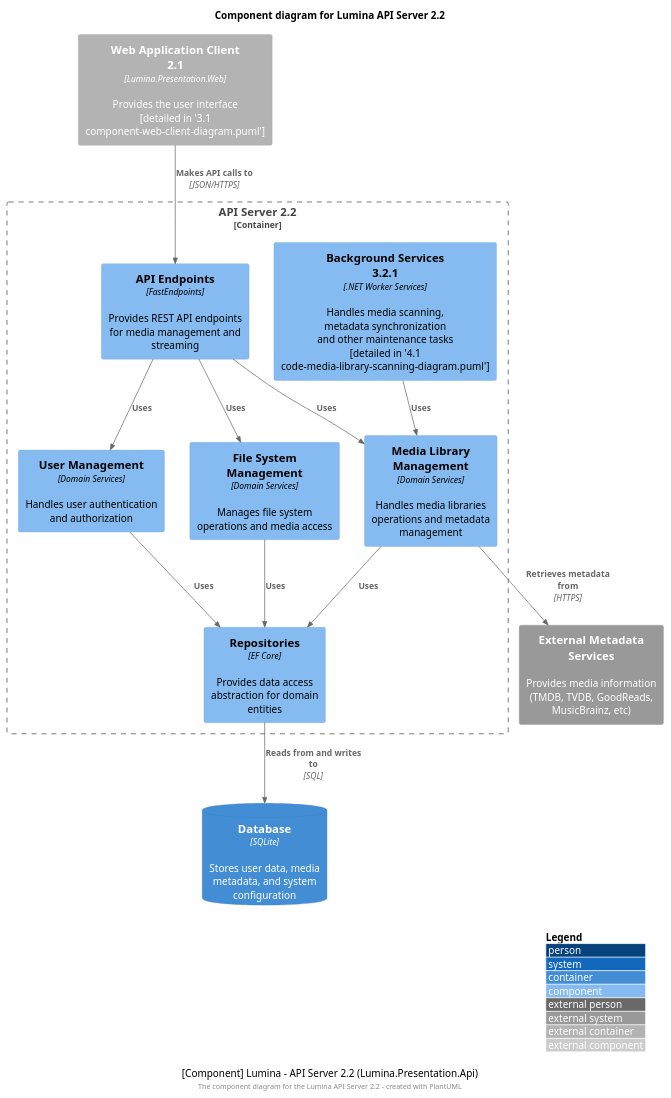
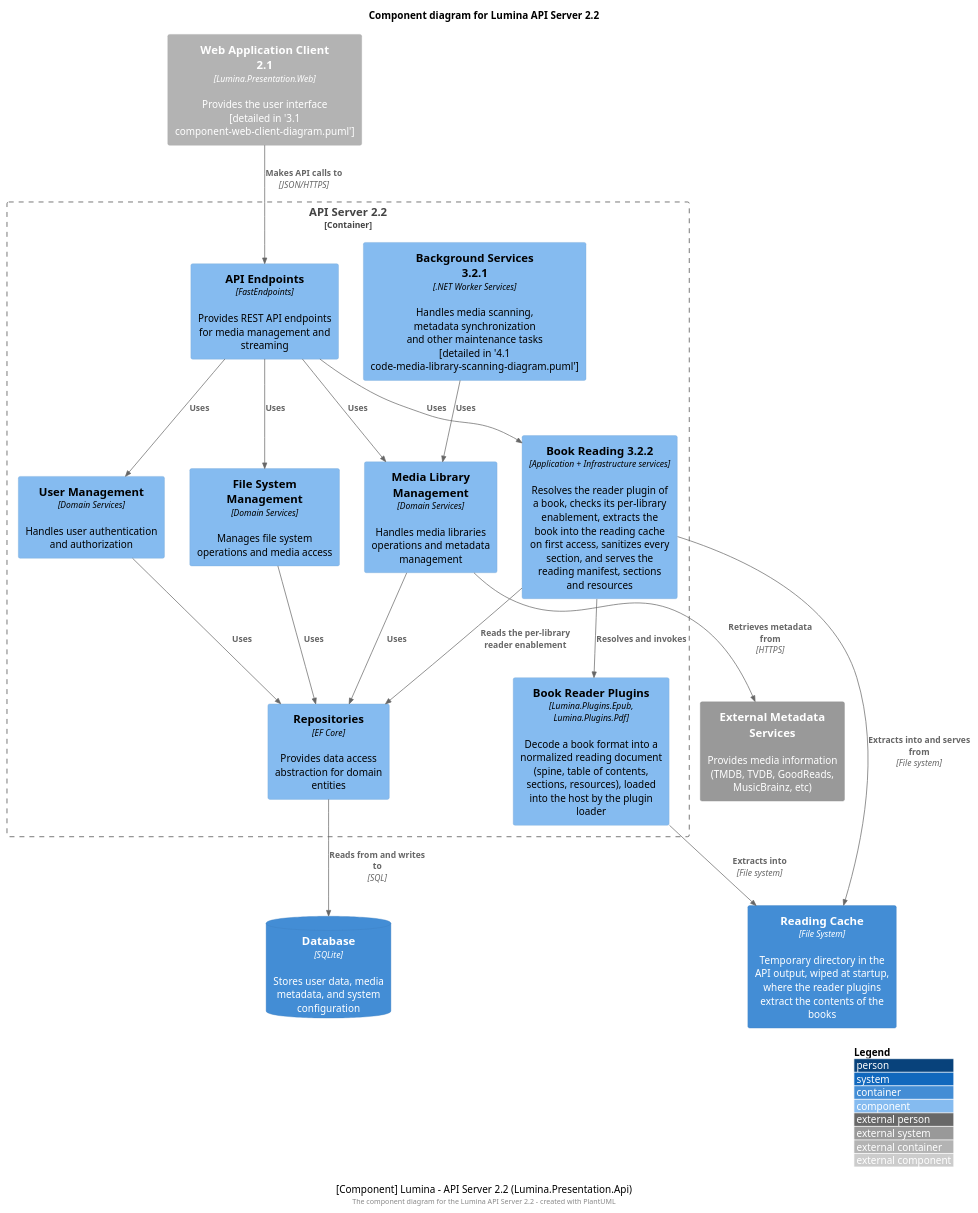
One commit to BinaryAlley/Lumina changed the diagram in docs/technical/architecture/3.2 component-api-server-diagram.puml. Above: the diagram before and after it, drawn with PlantUML. The commit also changed 3 other files, not shown here.

Commit message:
Updates architecture diagrams with the book reading flow

```diff
--- a/docs/technical/architecture/3.2 component-api-server-diagram.puml
+++ b/docs/technical/architecture/3.2 component-api-server-diagram.puml
@@ -1,41 +1,52 @@
 @startuml Lumina API Server Components
 !include <C4/C4_Component>
 
 LAYOUT_WITH_LEGEND()
 title Component diagram for Lumina API Server 2.2
 
 Container_Ext(webapp, "Web Application Client 2.1", "Lumina.Presentation.Web", "Provides the user interface [detailed in '3.1 component-web-client-diagram.puml']")
 
 Container_Boundary(api, "API Server 2.2") {
     Component(endpoints, "API Endpoints", "FastEndpoints", "Provides REST API endpoints for media management and streaming")
     
     Component(mediaManagement, "Media Library Management", "Domain Services", "Handles media libraries operations and metadata management")
     
     Component(userManagement, "User Management", "Domain Services", "Handles user authentication and authorization")
     
     Component(fileSystem, "File System Management", "Domain Services", "Manages file system operations and media access")
     
     Component(backgroundServices, "Background Services 3.2.1", ".NET Worker Services", "Handles media scanning, metadata synchronization and other maintenance tasks [detailed in '4.1 code-media-library-scanning-diagram.puml']")
     
+    Component(bookReading, "Book Reading 3.2.2", "Application + Infrastructure services", "Resolves the reader plugin of a book, checks its per-library enablement, extracts the book into the reading cache on first access, sanitizes every section, and serves the reading manifest, sections and resources")
+    
+    Component(readerPlugins, "Book Reader Plugins", "Lumina.Plugins.Epub, Lumina.Plugins.Pdf", "Decode a book format into a normalized reading document (spine, table of contents, sections, resources), loaded into the host by the plugin loader")
+    
     Component(repositories, "Repositories", "EF Core", "Provides data access abstraction for domain entities")
 }
 
 ContainerDb(db, "Database", "SQLite", "Stores user data, media metadata, and system configuration")
+
+Container(readCache, "Reading Cache", "File System", "Temporary directory in the API output, wiped at startup, where the reader plugins extract the contents of the books")
 
 System_Ext(metadataServices, "External Metadata Services", "Provides media information (TMDB, TVDB, GoodReads, MusicBrainz, etc)")
 
 Rel(webapp, endpoints, "Makes API calls to", "JSON/HTTPS")
 Rel(endpoints, mediaManagement, "Uses")
 Rel(endpoints, userManagement, "Uses")
 Rel(endpoints, fileSystem, "Uses")
+Rel(endpoints, bookReading, "Uses")
 Rel(mediaManagement, repositories, "Uses")
 Rel(userManagement, repositories, "Uses")
 Rel(fileSystem, repositories, "Uses")
 Rel(backgroundServices, mediaManagement, "Uses")
 Rel(repositories, db, "Reads from and writes to", "SQL")
 Rel(mediaManagement, metadataServices, "Retrieves metadata from", "HTTPS")
+Rel(bookReading, readerPlugins, "Resolves and invokes")
+Rel(bookReading, repositories, "Reads the per-library reader enablement")
+Rel(bookReading, readCache, "Extracts into and serves from", "File system")
+Rel(readerPlugins, readCache, "Extracts into", "File system")
 
 caption [Component] Lumina - API Server 2.2 (Lumina.Presentation.Api)
 
 footer The component diagram for the Lumina API Server 2.2 - created with PlantUML
 @enduml
```
